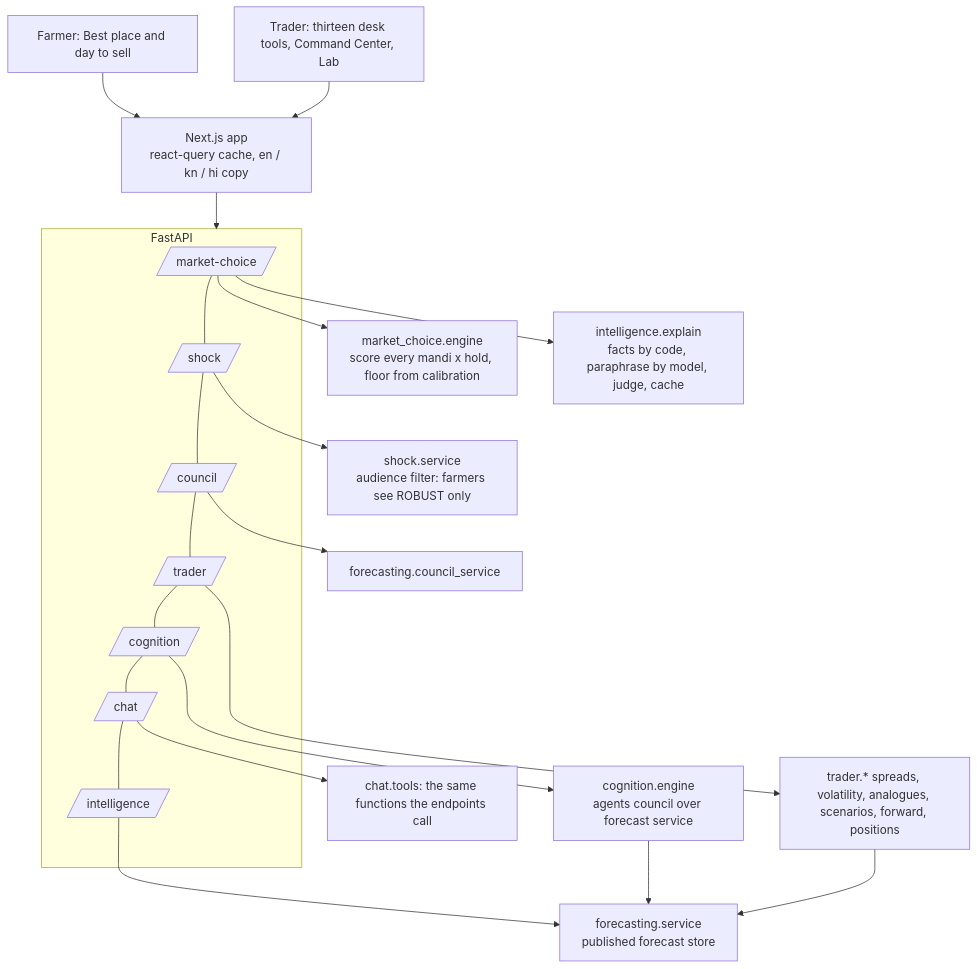
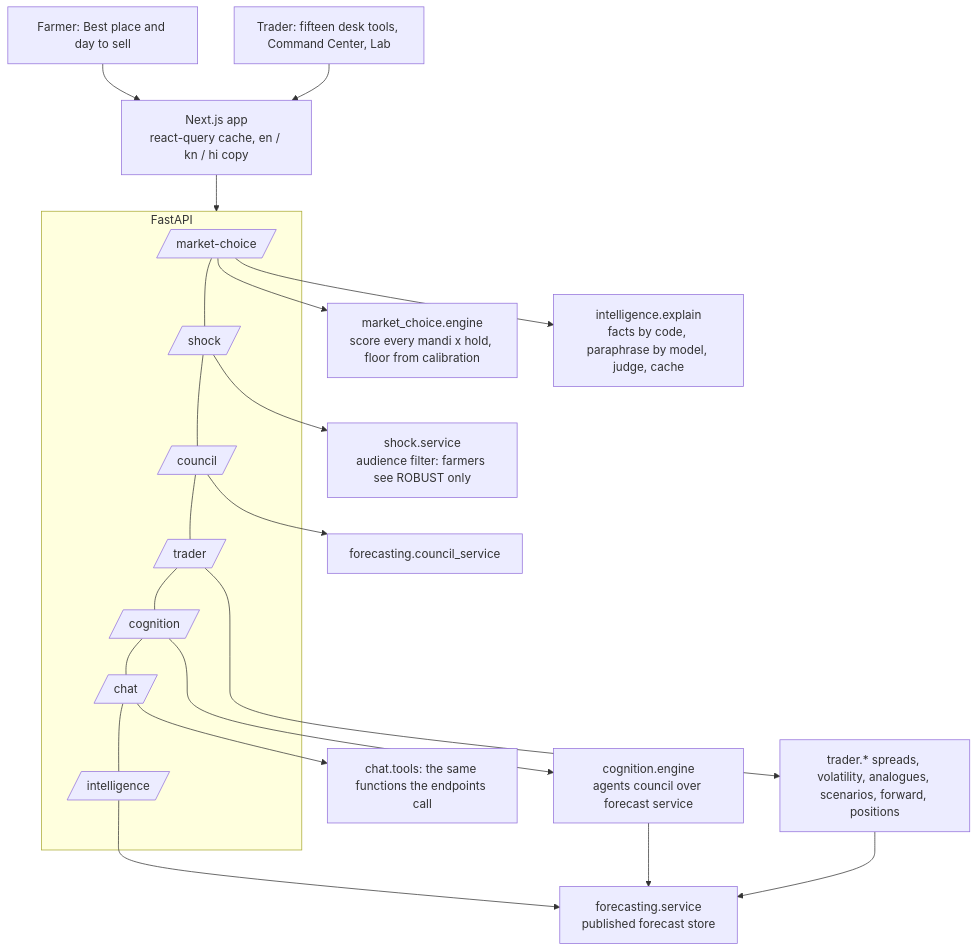
The second of 2 diagrams in docs/ARCHITECTURE.md (Manu-Sal-07/MANDISENSI_AGENTS), drawn with Mermaid before and after one commit. The commit also changed 252 other files, not shown here.

````diff
--- a/docs/ARCHITECTURE.md
+++ b/docs/ARCHITECTURE.md
@@ -34,17 +34,17 @@
 ```mermaid
 flowchart TB
   U1[Farmer: Best place and day to sell] --> FE
-  U2[Trader: thirteen desk tools, Command Center, Lab] --> FE
+  U2[Trader: fifteen desk tools, Command Center, Lab] --> FE
   FE[Next.js app<br/>react-query cache, en / kn / hi copy] --> API
   subgraph API[FastAPI]
     MCR[/market-choice/] --- SHR[/shock/] --- CNR[/council/] --- TRR[/trader/] --- CGR[/cognition/] --- CHR[/chat/] --- INR[/intelligence/]
   end
   MCR --> MCE[market_choice.engine<br/>score every mandi x hold, floor from calibration]
   MCR --> EXP[intelligence.explain<br/>facts by code, paraphrase by model, judge, cache]
   SHR --> SHS[shock.service<br/>audience filter: farmers see ROBUST only]
   CGR --> COG[cognition.engine<br/>agents council over forecast service]
   CNR --> CNS[forecasting.council_service]
   TRR --> TRD[trader.* spreads, volatility, analogues, scenarios, forward, positions]
   COG & TRD & INR --> FS[forecasting.service<br/>published forecast store]
   CHR --> TLS[chat.tools: the same functions the endpoints call]
 ```
````
